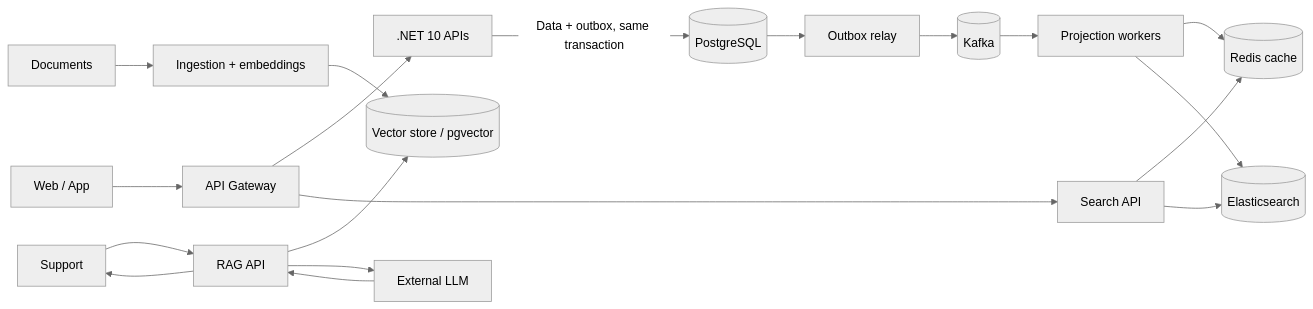
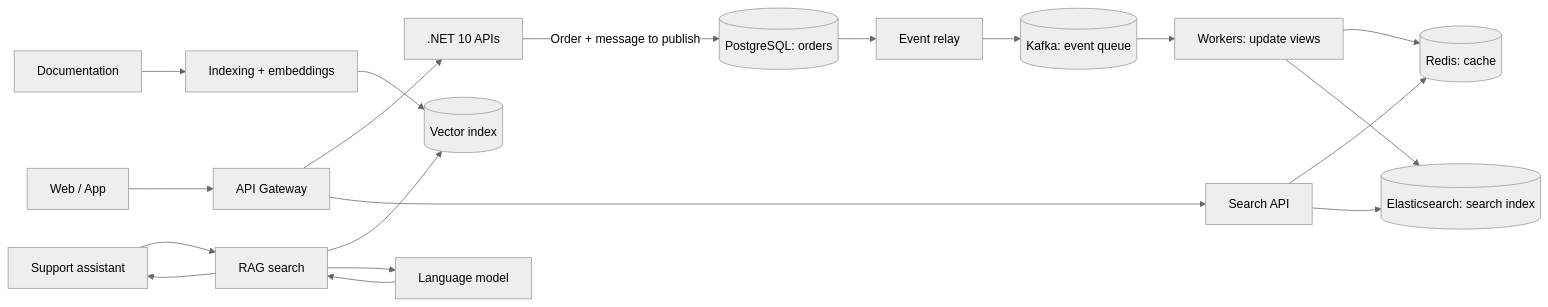
Before and after one commit to NicolasREY69330/refactor-exercise: the diagram in interviews/en/developer.md, drawn with Mermaid (neutral theme). The commit also changed other lines of this file and 3 other files, not shown here.

````diff
--- a/interviews/en/developer.md
+++ b/interviews/en/developer.md
@@ -9,15 +9,15 @@
 ```mermaid
 flowchart LR
   U[Web / App] --> G[API Gateway] --> API[.NET 10 APIs]
-  API -->|Data + outbox, same transaction| PG[(PostgreSQL)]
-  PG --> O[Outbox relay] --> K[(Kafka)] --> W[Projection workers]
-  W --> R[(Redis cache)]
-  W --> ES[(Elasticsearch)]
+  API -->|Order + message to publish| PG[(PostgreSQL: orders)]
+  PG --> O[Event relay] --> K[(Kafka: event queue)] --> W[Workers: update views]
+  W --> R[(Redis: cache)]
+  W --> ES[(Elasticsearch: search index)]
   G --> S[Search API]
   S --> R
   S --> ES
-  D[Documents] --> I[Ingestion + embeddings] --> V[(Vector store / pgvector)]
-  H[Support] --> Q[RAG API] --> V
-  Q --> L[External LLM]
+  D[Documentation] --> I[Indexing + embeddings] --> V[(Vector index)]
+  H[Support assistant] --> Q[RAG search] --> V
+  Q --> L[Language model]
   L --> Q --> H
 ```
````
